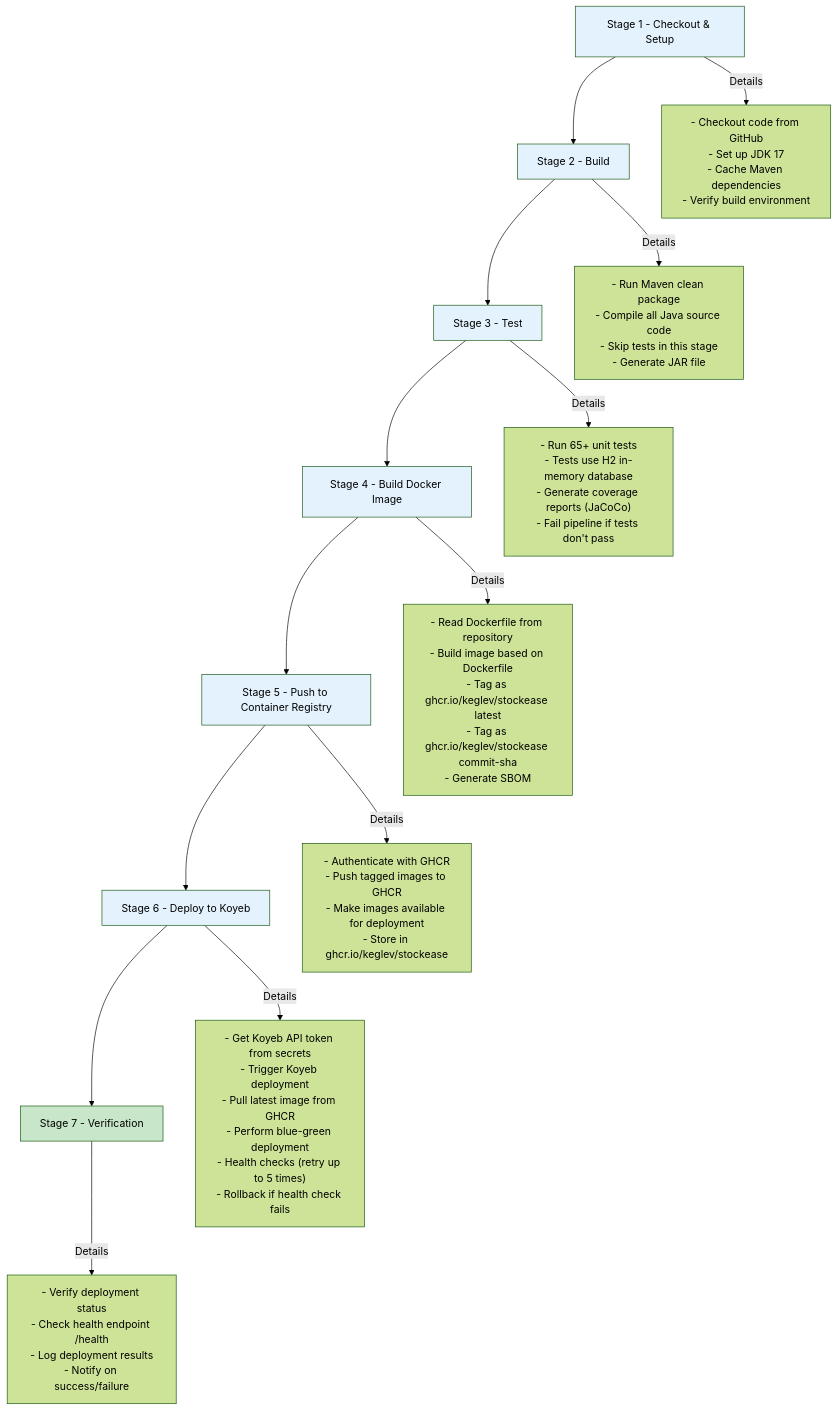
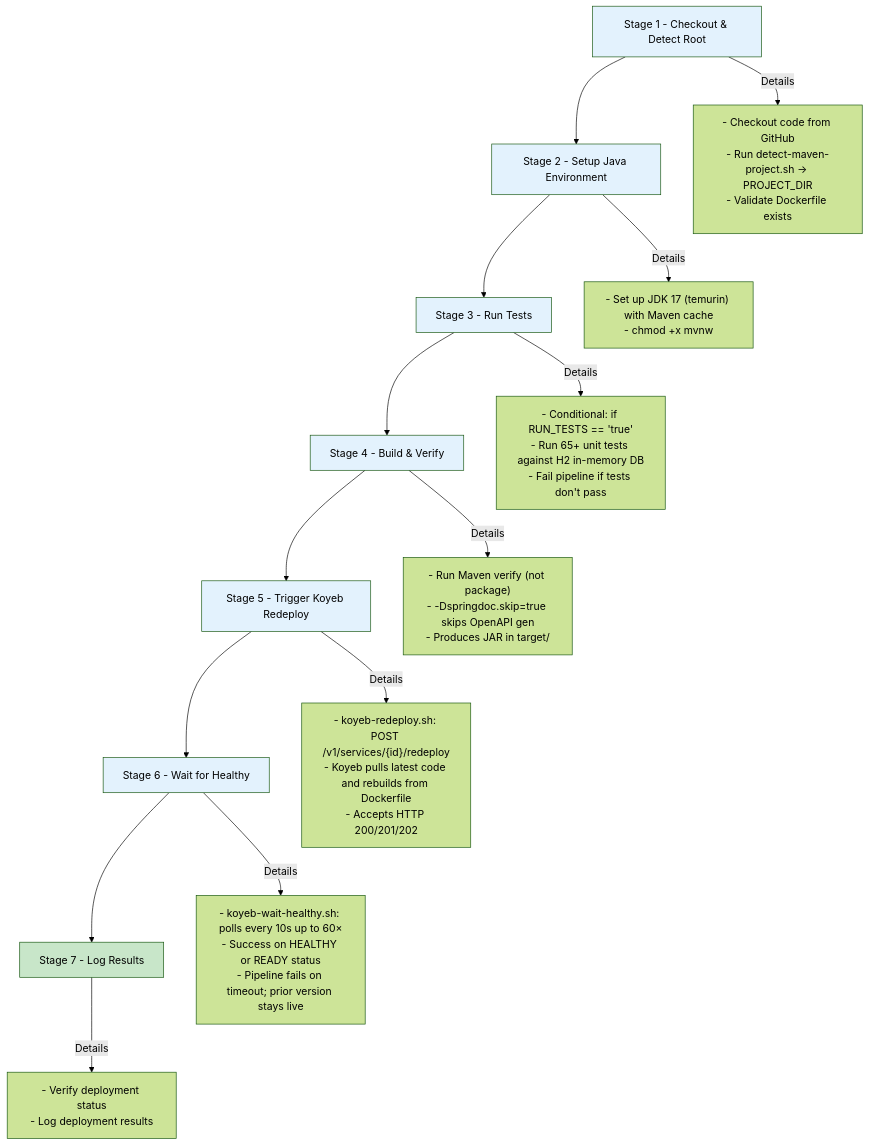
One commit to Keglev/stockease changed the second of 6 diagrams in docs/architecture/deployment.md. Above: the diagram before and after it, drawn with Mermaid (forest theme). The commit also changed other lines of this file and 6 other files, not shown here.

Commit message:
Updated docs architecture .md files to reflect changes in workflow and script files

````diff
--- a/docs/architecture/deployment.md
+++ b/docs/architecture/deployment.md
@@ -48,25 +47,25 @@
 ```mermaid
 graph TD
-    A[Stage 1 - Checkout & Setup] --> B[Stage 2 - Build]
-    B --> C[Stage 3 - Test]
-    C --> D[Stage 4 - Build Docker Image]
-    D --> E[Stage 5 - Push to Container Registry]
-    E --> F[Stage 6 - Deploy to Koyeb]
-    F --> G[Stage 7 - Verification]
+    A[Stage 1 - Checkout & Detect Root] --> B[Stage 2 - Setup Java Environment]
+    B --> C[Stage 3 - Run Tests]
+    C --> D[Stage 4 - Build & Verify]
+    D --> E[Stage 5 - Trigger Koyeb Redeploy]
+    E --> F[Stage 6 - Wait for Healthy]
+    F --> G[Stage 7 - Log Results]
     
-    A -->|Details| A1["- Checkout code from GitHub<br/>- Set up JDK 17<br/>- Cache Maven dependencies<br/>- Verify build environment"]
-    B -->|Details| B1["- Run Maven clean package<br/>- Compile all Java source code<br/>- Skip tests in this stage<br/>- Generate JAR file"]
-    C -->|Details| C1["- Run 65+ unit tests<br/>- Tests use H2 in-memory database<br/>- Generate coverage reports (JaCoCo)<br/>- Fail pipeline if tests don't pass"]
-    D -->|Details| D1["- Read Dockerfile from repository<br/>- Build image based on Dockerfile<br/>- Tag as ghcr.io/keglev/stockease latest<br/>- Tag as ghcr.io/keglev/stockease commit-sha<br/>- Generate SBOM"]
-    E -->|Details| E1["- Authenticate with GHCR<br/>- Push tagged images to GHCR<br/>- Make images available for deployment<br/>- Store in ghcr.io/keglev/stockease"]
-    F -->|Details| F1["- Get Koyeb API token from secrets<br/>- Trigger Koyeb deployment<br/>- Pull latest image from GHCR<br/>- Perform blue-green deployment<br/>- Health checks (retry up to 5 times)<br/>- Rollback if health check fails"]
-    G -->|Details| G1["- Verify deployment status<br/>- Check health endpoint /health<br/>- Log deployment results<br/>- Notify on success/failure"]
+    A -->|Details| A1["- Checkout code from GitHub<br/>- Run detect-maven-project.sh → PROJECT_DIR<br/>- Validate Dockerfile exists"]
+    B -->|Details| B1["- Set up JDK 17 (temurin) with Maven cache<br/>- chmod +x mvnw"]
+    C -->|Details| C1["- Conditional: if RUN_TESTS == 'true'<br/>- Run 65+ unit tests against H2 in-memory DB<br/>- Fail pipeline if tests don't pass"]
+    D -->|Details| D1["- Run Maven verify (not package)<br/>- -Dspringdoc.skip=true skips OpenAPI gen<br/>- Produces JAR in target/"]
+    E -->|Details| E1["- koyeb-redeploy.sh: POST /v1/services/{id}/redeploy<br/>- Koyeb pulls latest code and rebuilds from Dockerfile<br/>- Accepts HTTP 200/201/202"]
+    F -->|Details| F1["- koyeb-wait-healthy.sh: polls every 10s up to 60×<br/>- Success on HEALTHY or READY status<br/>- Pipeline fails on timeout; prior version stays live"]
+    G -->|Details| G1["- Verify deployment status<br/>- Log deployment results"]
     
     style A fill:#e3f2fd
     style B fill:#e3f2fd
     style C fill:#e3f2fd
     style D fill:#e3f2fd
     style E fill:#e3f2fd
     style F fill:#e3f2fd
     style G fill:#c8e6c9
 ```
````
